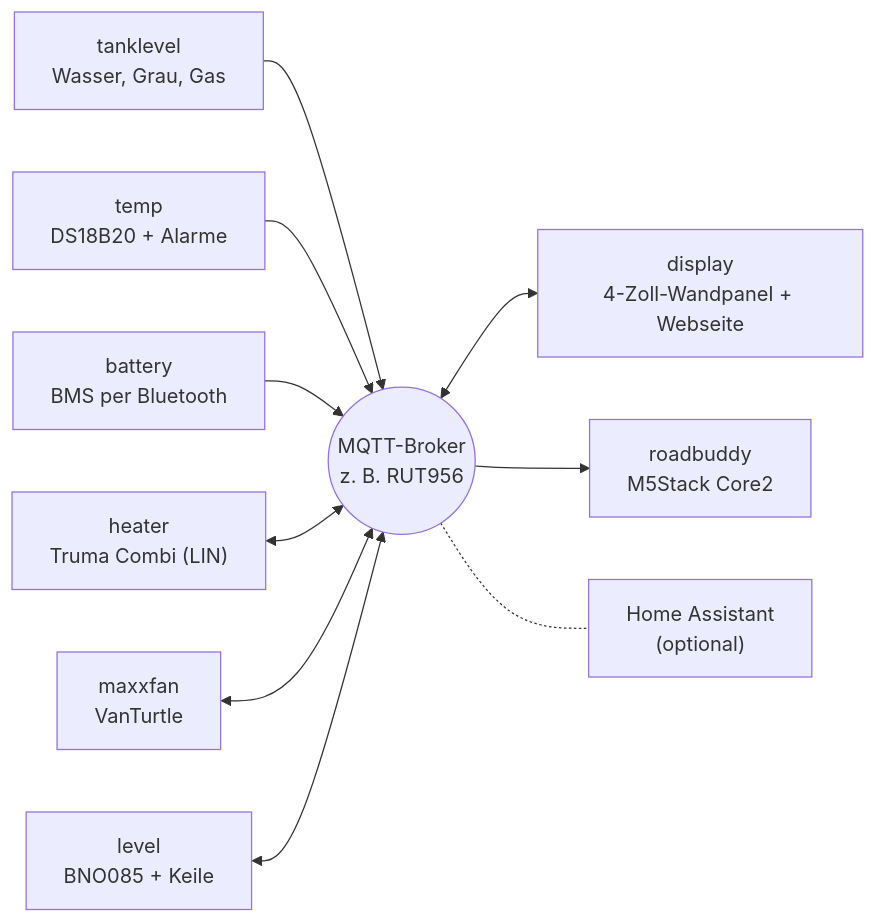
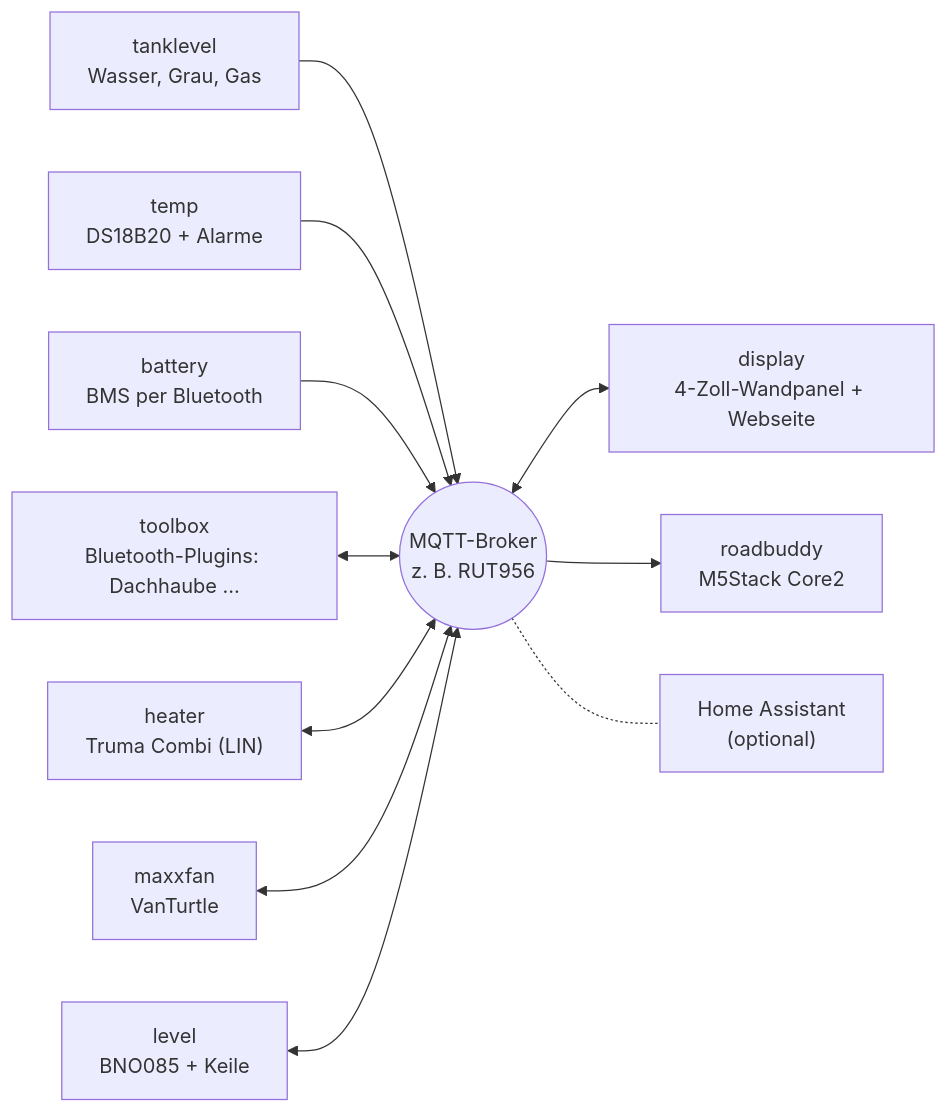
The diagram in README.md (hflocki/camper-mqtt), drawn with Mermaid before and after one commit. The commit also changed other lines of this file and 51 other files, not shown here.

````diff
--- a/README.md
+++ b/README.md
@@ -5,13 +5,14 @@
 ```mermaid
 flowchart LR
   broker(("MQTT-Broker<br/>z. B. RUT956"))
   tank["tanklevel<br/>Wasser, Grau, Gas"] --> broker
   temp["temp<br/>DS18B20 + Alarme"] --> broker
   bat["battery<br/>BMS per Bluetooth"] --> broker
+  tool["toolbox<br/>Bluetooth-Plugins: Dachhaube …"] <--> broker
   heater["heater<br/>Truma Combi (LIN)"] <--> broker
   fan["maxxfan<br/>VanTurtle"] <--> broker
   level["level<br/>BNO085 + Keile"] <--> broker
   broker <--> display["display<br/>4-Zoll-Wandpanel + Webseite"]
   broker --> rb["roadbuddy<br/>M5Stack Core2"]
   broker -.- ha["Home Assistant<br/>(optional)"]
 ```
````
